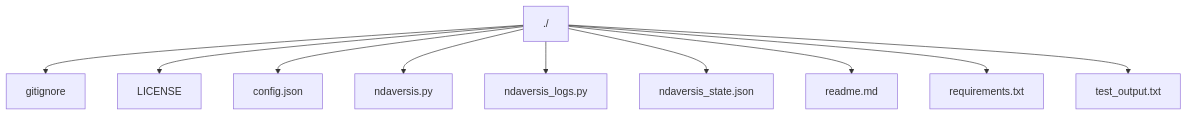
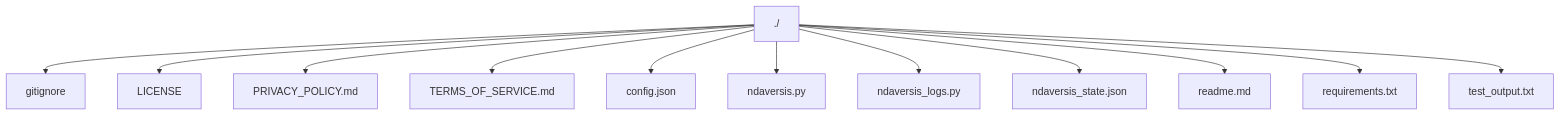
The third of 3 diagrams in readme.md (lystwork/ndaversis), drawn with Mermaid before and after one commit. The commit also changed other lines of this file and 4 other files, not shown here.

Commit message:
feat: Introduce privacy policy and terms of service, and add an OpenAI-compatible AI service.

````diff
--- a/readme.md
+++ b/readme.md
@@ -309,13 +322,15 @@
 ```mermaid
 graph TD
     Root[./]
     Root --> node_gitignore["gitignore"]
     Root --> node_LICENSE["LICENSE"]
+    Root --> node_PRIVACY_POLICY_md["PRIVACY_POLICY.md"]
+    Root --> node_TERMS_OF_SERVICE_md["TERMS_OF_SERVICE.md"]
     Root --> node_config_json["config.json"]
     Root --> node_ndaversis_py["ndaversis.py"]
     Root --> node_ndaversis_logs_py["ndaversis_logs.py"]
     Root --> node_ndaversis_state_json["ndaversis_state.json"]
     Root --> node_readme_md["readme.md"]
     Root --> node_requirements_txt["requirements.txt"]
     Root --> node_test_output_txt["test_output.txt"]
 ```
````
